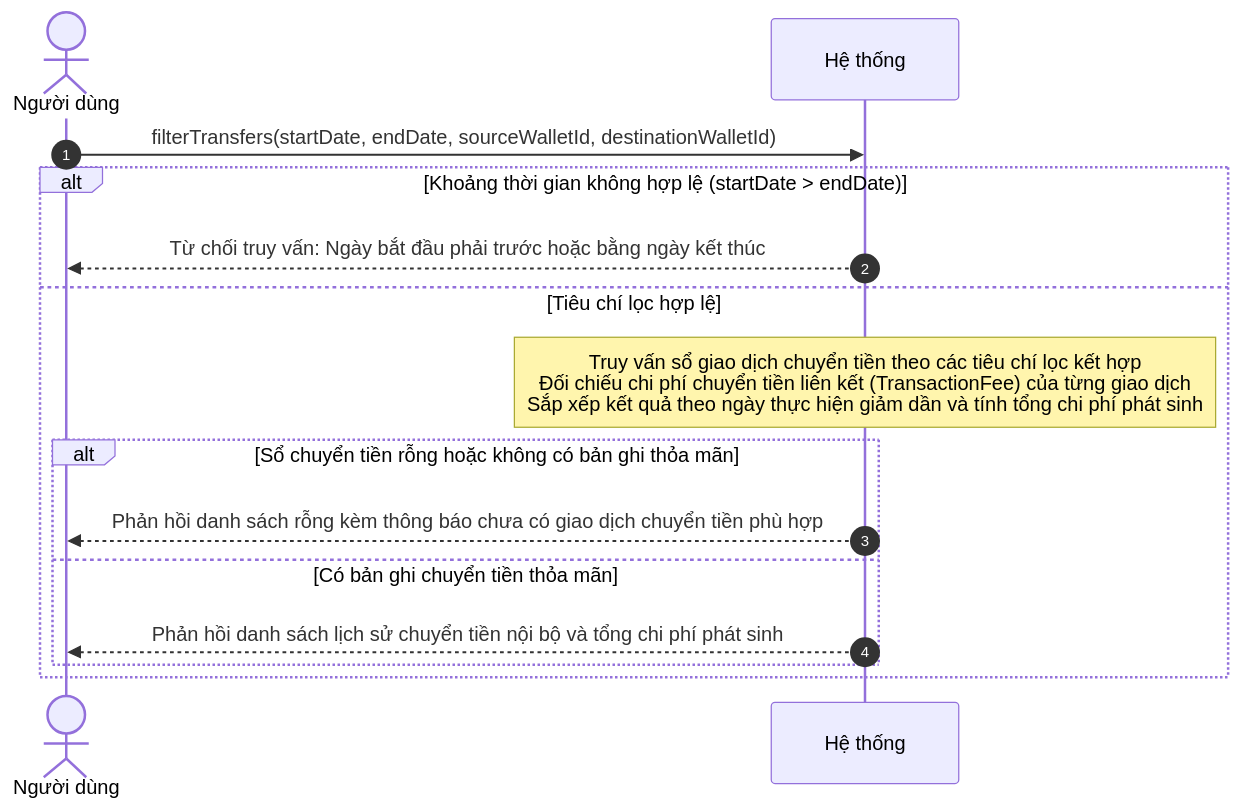
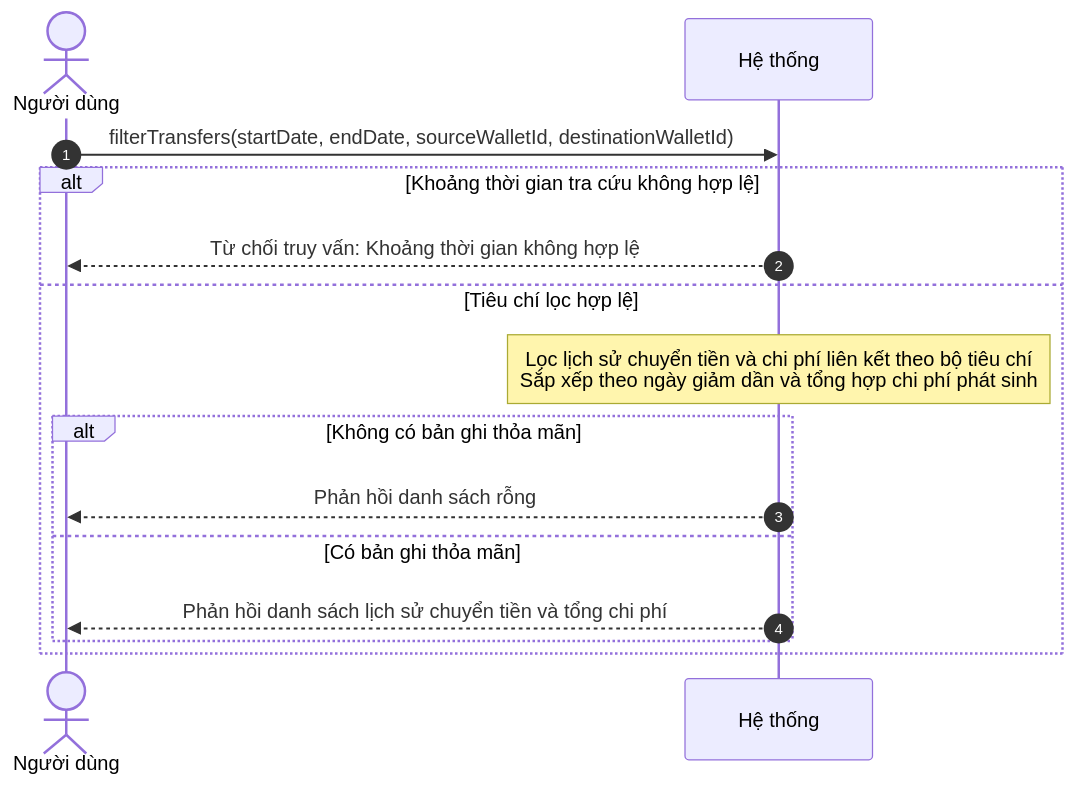
The tenth of 20 diagrams in docs/object-oriented-analysis/03-so-do-tuan-tu-he-thong-ssd.md (mynhleeh/pfms-oop), drawn with Mermaid before and after one commit. The commit also changed other lines of this file and 3 other files, not shown here.

Commit message:
docs(ood): 03 04 05 06 - fix the rule and errror notation - fix the diagrams

````diff
--- a/docs/object-oriented-analysis/03-so-do-tuan-tu-he-thong-ssd.md
+++ b/docs/object-oriented-analysis/03-so-do-tuan-tu-he-thong-ssd.md
@@ -425,18 +409,18 @@
 ```mermaid
 sequenceDiagram
     autonumber
     actor User as Người dùng
     participant System as Hệ thống
 
     User->>System: filterTransfers(startDate, endDate, sourceWalletId, destinationWalletId)
-    alt Khoảng thời gian không hợp lệ (startDate > endDate)
-        System-->>User: Từ chối truy vấn: Ngày bắt đầu phải trước hoặc bằng ngày kết thúc
+    alt Khoảng thời gian tra cứu không hợp lệ
+        System-->>User: Từ chối truy vấn: Khoảng thời gian không hợp lệ
     else Tiêu chí lọc hợp lệ
-        Note over System: Truy vấn sổ giao dịch chuyển tiền theo các tiêu chí lọc kết hợp<br/>Đối chiếu chi phí chuyển tiền liên kết (TransactionFee) của từng giao dịch<br/>Sắp xếp kết quả theo ngày thực hiện giảm dần và tính tổng chi phí phát sinh
-        alt Sổ chuyển tiền rỗng hoặc không có bản ghi thỏa mãn
-            System-->>User: Phản hồi danh sách rỗng kèm thông báo chưa có giao dịch chuyển tiền phù hợp
-        else Có bản ghi chuyển tiền thỏa mãn
-            System-->>User: Phản hồi danh sách lịch sử chuyển tiền nội bộ và tổng chi phí phát sinh
+        Note over System: Lọc lịch sử chuyển tiền và chi phí liên kết theo bộ tiêu chí<br/>Sắp xếp theo ngày giảm dần và tổng hợp chi phí phát sinh
+        alt Không có bản ghi thỏa mãn
+            System-->>User: Phản hồi danh sách rỗng
+        else Có bản ghi thỏa mãn
+            System-->>User: Phản hồi danh sách lịch sử chuyển tiền và tổng chi phí
         end
     end
 ```
````
